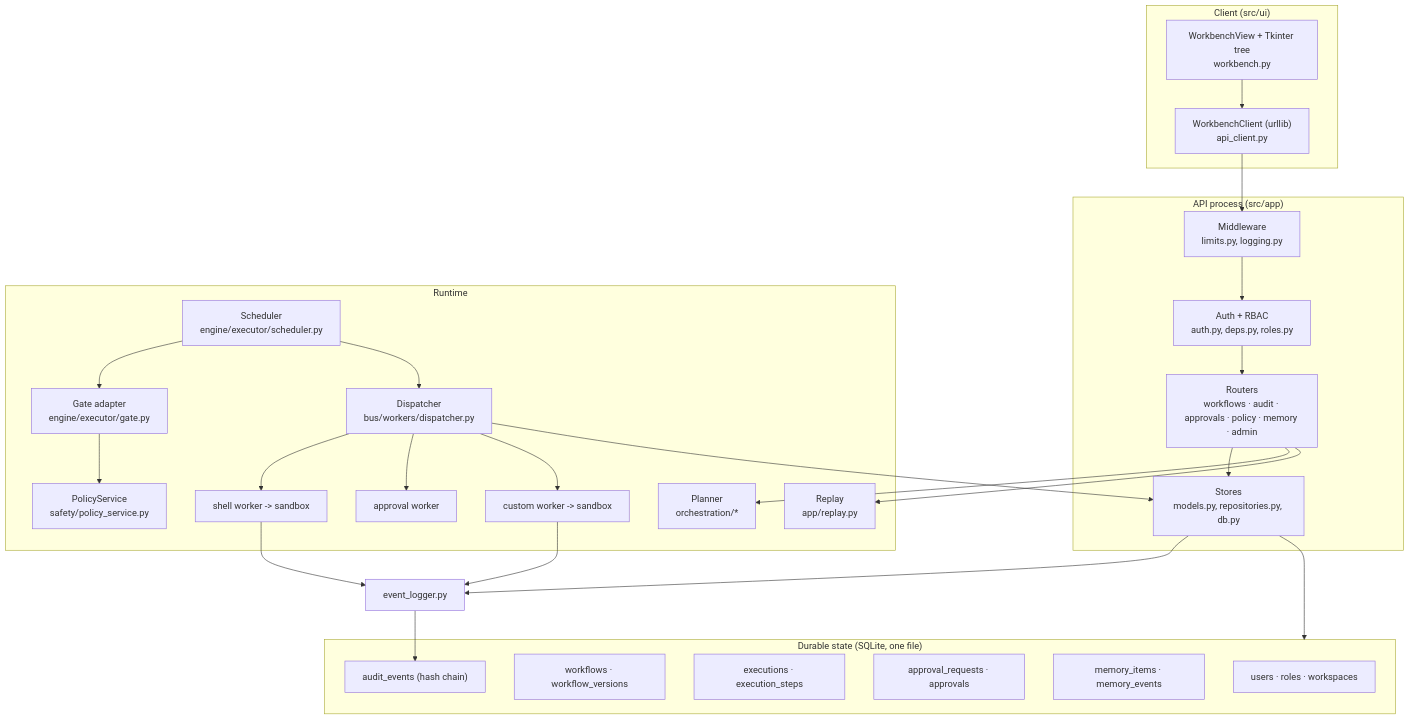
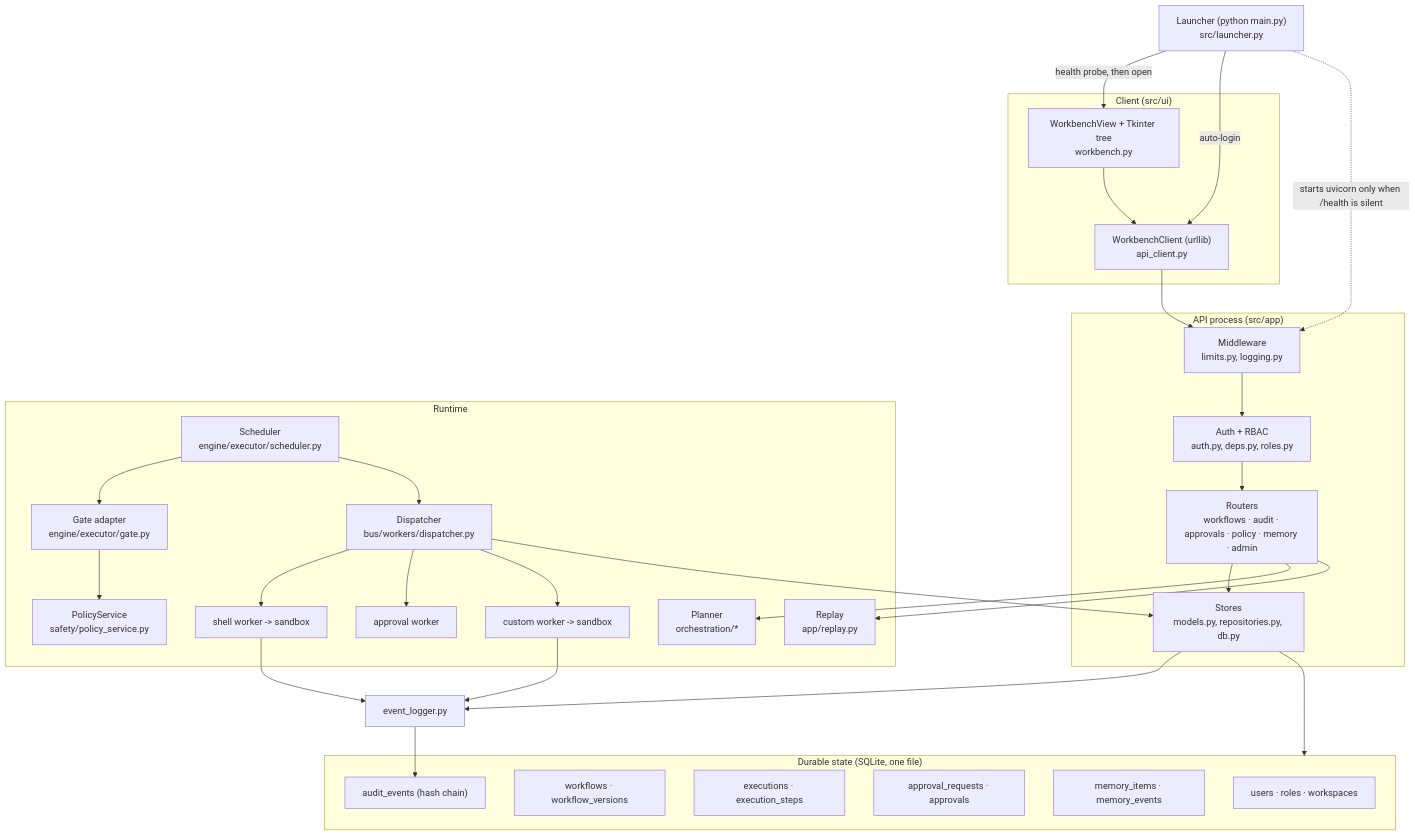
The second of 9 diagrams in docs/ARCHITECTURE.md (amir-khoshdel-louyeh/auto-system-agent), drawn with Mermaid before and after one commit. The commit also changed other lines of this file and 5 other files, not shown here.

````diff
--- a/docs/ARCHITECTURE.md
+++ b/docs/ARCHITECTURE.md
@@ -47,45 +49,49 @@
 ```mermaid
 flowchart TB
+  L["Launcher (python main.py)<br/>src/launcher.py"]
   subgraph client["Client (src/ui)"]
     WB["WorkbenchView + Tkinter tree<br/>workbench.py"]
     HC["WorkbenchClient (urllib)<br/>api_client.py"]
   end
   subgraph app["API process (src/app)"]
     MW["Middleware<br/>limits.py, logging.py"]
     AUTH["Auth + RBAC<br/>auth.py, deps.py, roles.py"]
     ROUTES["Routers<br/>workflows · audit · approvals · policy · memory · admin"]
     STORES["Stores<br/>models.py, repositories.py, db.py"]
   end
   subgraph runtime["Runtime"]
     SCHED["Scheduler<br/>engine/executor/scheduler.py"]
     GATE["Gate adapter<br/>engine/executor/gate.py"]
     POLICY["PolicyService<br/>safety/policy_service.py"]
     PLAN["Planner<br/>orchestration/*"]
     DISP["Dispatcher<br/>bus/workers/dispatcher.py"]
     WSH["shell worker -> sandbox"]
     WAP["approval worker"]
     WCU["custom worker -> sandbox"]
     REPLAY["Replay<br/>app/replay.py"]
   end
   subgraph durable["Durable state (SQLite, one file)"]
     T1["users · roles · workspaces"]
     T2["workflows · workflow_versions"]
     T3["executions · execution_steps"]
     T4["approval_requests · approvals"]
     T5["memory_items · memory_events"]
     T6["audit_events (hash chain)"]
   end
+  L -->|"health probe, then open"| WB
+  L -->|"auto-login"| HC
+  L -.->|"starts uvicorn only when /health is silent"| MW
   WB --> HC --> MW --> AUTH --> ROUTES --> STORES --> durable
   ROUTES --> PLAN
   ROUTES --> REPLAY
   SCHED --> GATE --> POLICY
   SCHED --> DISP
   DISP --> WSH
   DISP --> WAP
   DISP --> WCU
   DISP --> STORES
   PUB["event_logger.py"] --> T6
   STORES --> PUB
   WSH --> PUB
   WCU --> PUB
 ```
````
